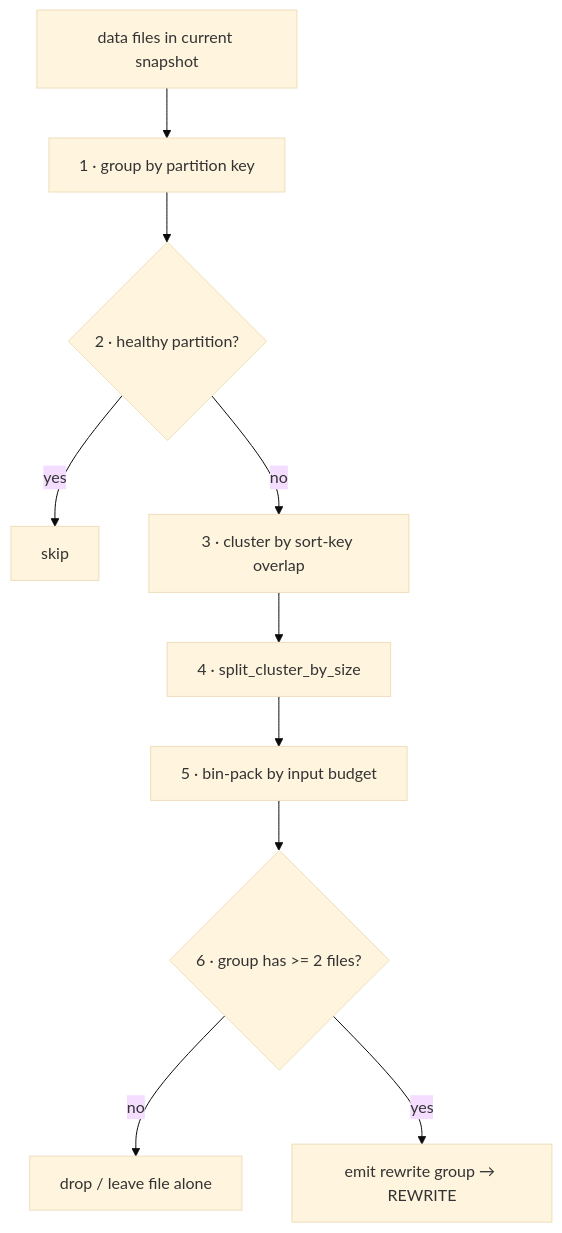
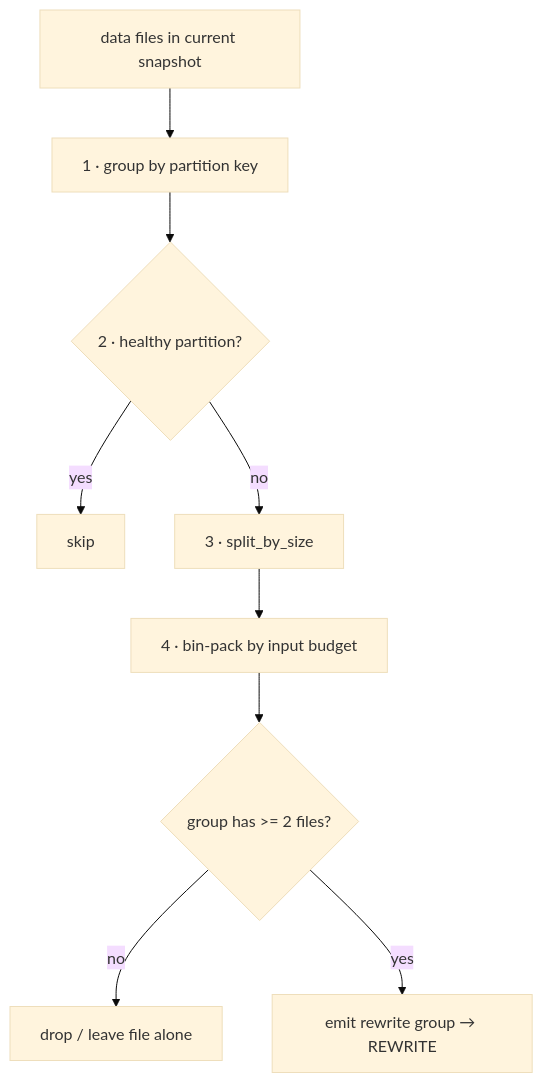
One commit to icegatetech/icegate changed the second of 3 diagrams in crates/icegate-maintain/src/compact/README.md. Above: the diagram before and after it, drawn with Mermaid (base theme). The commit also changed other lines of this file and 3 other files, not shown here.

````diff
--- a/crates/icegate-maintain/src/compact/README.md
+++ b/crates/icegate-maintain/src/compact/README.md
@@ -46,12 +46,11 @@
 ```mermaid
 flowchart TD
     A[data files in current snapshot] --> B[1 · group by partition key]
     B --> C{2 · healthy partition?}
     C -- yes --> S1[skip]
-    C -- no --> D[3 · cluster by sort-key overlap]
-    D --> E[4 · split_cluster_by_size]
-    E --> F[5 · bin-pack by input budget]
-    F --> G{"6 · group has >= 2 files?"}
+    C -- no --> E[3 · split_by_size]
+    E --> F[4 · bin-pack by input budget]
+    F --> G{"group has >= 2 files?"}
     G -- no --> S2["drop / leave file alone"]
     G -- yes --> H["emit rewrite group → REWRITE"]
 ```
````
